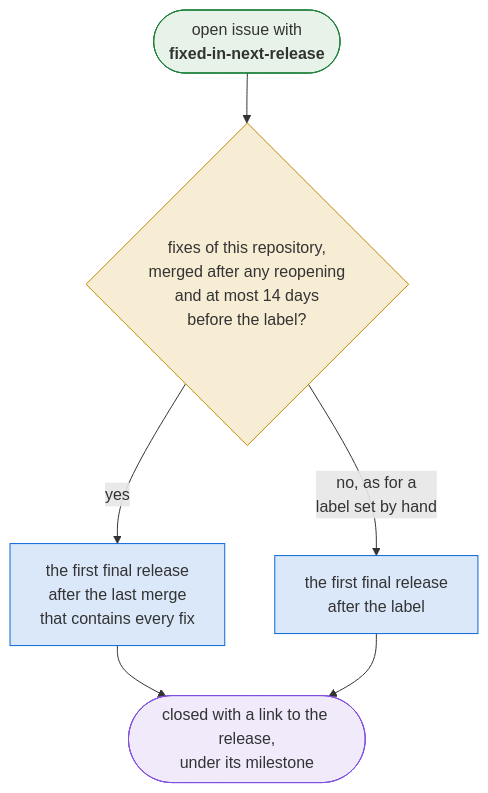
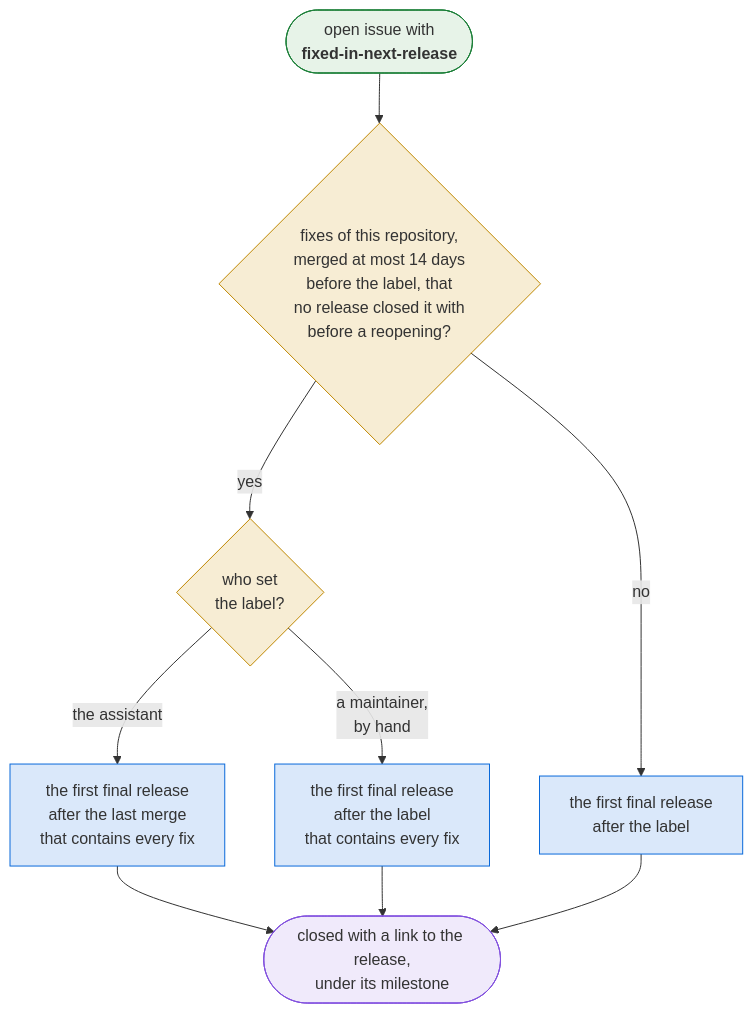
Before and after one commit to Dennis-Otto/issue-assistant: the fourth of 6 diagrams in README.md, drawn with Mermaid. The commit also changed other lines of this file and 3 other files, not shown here.

First line of the commit message:
fix(lifecycle): never announce a shipped fix again, and honour hand labels and unrelated reopenings

````diff
--- a/README.md
+++ b/README.md
@@ -194,18 +194,21 @@
 ```mermaid
 flowchart TB
   accTitle: Which release closes a fixed issue
-  accDescr: For an open issue with the label fixed-in-next-release, the assistant looks for its fixes: pull requests of this repository into the default branch that name it, merged since the issue was last reopened and at most 14 days before the label. With fixes, the first final release published after the last of them was merged that contains them all closes the issue, also one published before a late label. Without, as for a label set by hand, the first final release published after the label closes it. Drafts and pre-releases never close an issue.
-  label(["open issue with<br/><b>fixed-in-next-release</b>"]) --> fixes{"fixes of this repository,<br/>merged after any reopening<br/>and at most 14 days<br/>before the label?"}
-  fixes -- "yes" --> shipped["the first final release<br/>after the last merge<br/>that contains every fix"]
-  fixes -- "no, as for a<br/>label set by hand" --> next["the first final release<br/>after the label"]
+  accDescr: For an open issue with the label fixed-in-next-release, the assistant looks for its fixes: pull requests of this repository into the default branch that name it, merged at most 14 days before the label, leaving out those that a release closed the issue with before it was reopened. With fixes and a label that the assistant set, the first final release published after the last of them was merged that contains them all closes the issue, also one published before a late label. With fixes and a label set by hand, it is the first final release after the label that contains them all. Without fixes, the first final release published after the label closes it. Drafts and pre-releases never close an issue.
+  label(["open issue with<br/><b>fixed-in-next-release</b>"]) --> fixes{"fixes of this repository,<br/>merged at most 14 days<br/>before the label, that<br/>no release closed it with<br/>before a reopening?"}
+  fixes -- "yes" --> who{"who set<br/>the label?"}
+  who -- "the assistant" --> shipped["the first final release<br/>after the last merge<br/>that contains every fix"]
+  who -- "a maintainer,<br/>by hand" --> later["the first final release<br/>after the label<br/>that contains every fix"]
+  fixes -- "no" --> next["the first final release<br/>after the label"]
   shipped --> released(["closed with a link to the release,<br/>under its milestone"])
+  later --> released
   next --> released
   classDef fixed fill:#c2e0c666,stroke:#1a7f37
   classDef question fill:#d4a72c33,stroke:#bf8700
   classDef release fill:#0969da26,stroke:#0969da
   classDef done fill:#8250df1f,stroke:#8250df
   class label fixed
-  class fixes question
-  class shipped,next release
+  class fixes,who question
+  class shipped,later,next release
   class released done
 ```
````
